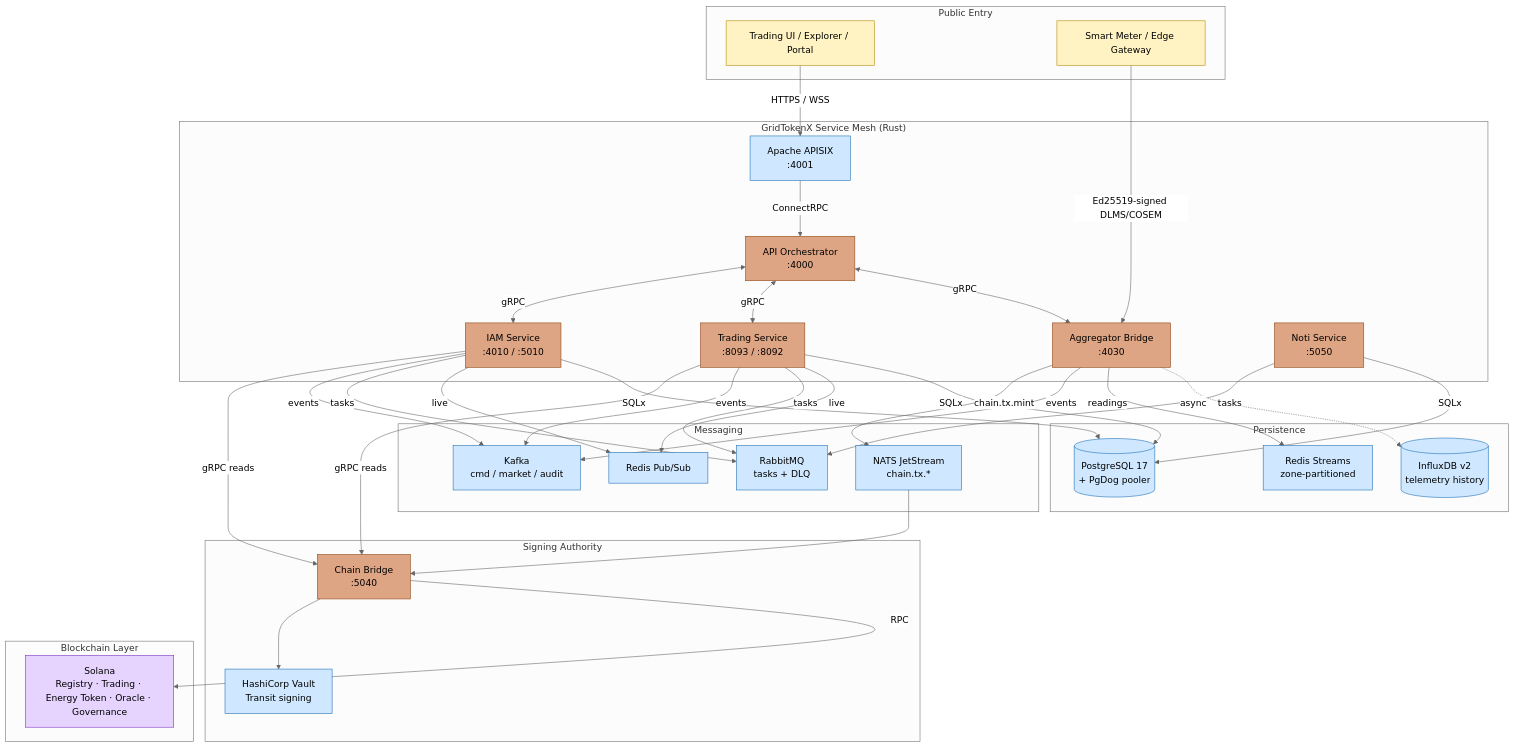
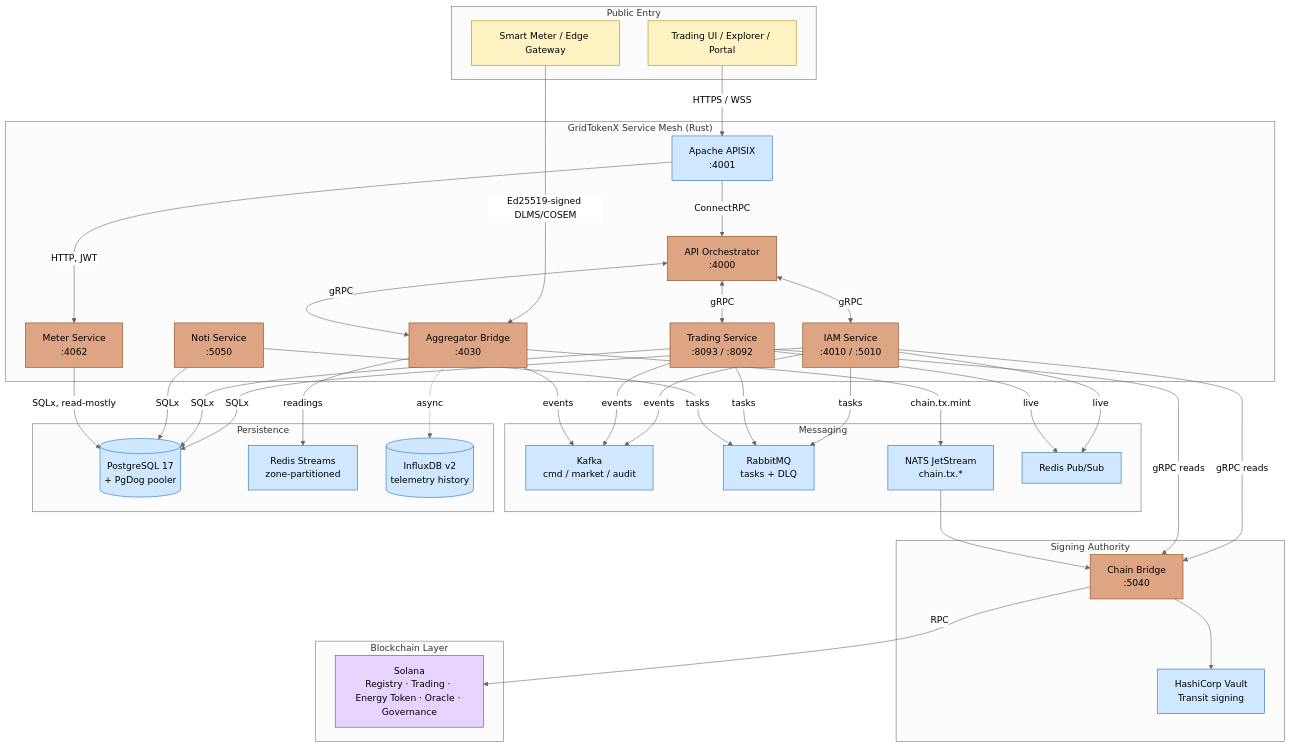
Before and after one commit to NakaSato/gridtokenx-coresystem: the first of 2 diagrams in README.md, drawn with Mermaid (neutral theme). The commit also changed other lines of this file and 6 other files, not shown here.

````diff
--- a/README.md
+++ b/README.md
@@ -21,71 +21,74 @@
 ```mermaid
 graph TD
     subgraph entry["Public Entry"]
         Client["Trading UI / Explorer / Portal"]
         EdgeMeter["Smart Meter / Edge Gateway"]
     end
 
     subgraph mesh["GridTokenX Service Mesh (Rust)"]
         APISIX["Apache APISIX<br/>:4001"]
         APIS["API Orchestrator<br/>:4000"]
         IAM["IAM Service<br/>:4010 / :5010"]
         Trading["Trading Service<br/>:8093 / :8092"]
         OracleB["Aggregator Bridge<br/>:4030"]
         Noti["Noti Service<br/>:5050"]
+        Meter["Meter Service<br/>:4062"]
     end
 
     subgraph signing["Signing Authority"]
         ChainBridge["Chain Bridge<br/>:5040"]
         Vault["HashiCorp Vault<br/>Transit signing"]
     end
 
     subgraph chain["Blockchain Layer"]
         Solana["Solana<br/>Registry · Trading · Energy Token · Oracle · Governance"]
     end
 
     subgraph msg["Messaging"]
         Kafka["Kafka<br/>cmd / market / audit"]
         Rabbit["RabbitMQ<br/>tasks + DLQ"]
         NATS["NATS JetStream<br/>chain.tx.*"]
         Redis["Redis Pub/Sub"]
     end
 
     subgraph store["Persistence"]
         Postgres[("PostgreSQL 17<br/>+ PgDog pooler")]
         ZoneRedis["Redis Streams<br/>zone-partitioned"]
         Influx[("InfluxDB v2<br/>telemetry history")]
     end
 
     %% --- request path ---
     Client -->|HTTPS / WSS| APISIX
     EdgeMeter -->|Ed25519-signed DLMS/COSEM| OracleB
     APISIX -->|ConnectRPC| APIS
+    APISIX -->|HTTP, JWT| Meter
     APIS <-->|gRPC| IAM
     APIS <-->|gRPC| Trading
     APIS <-->|gRPC| OracleB
 
     %% --- blockchain path ---
     IAM & Trading -->|gRPC reads| ChainBridge
     OracleB -->|chain.tx.mint| NATS
     NATS --> ChainBridge
     ChainBridge --> Vault
     ChainBridge -->|RPC| Solana
 
     %% --- messaging + persistence ---
     IAM & Trading & OracleB -->|events| Kafka
     IAM & Trading & Noti -->|tasks| Rabbit
     IAM & Trading -->|live| Redis
     IAM & Trading -->|SQLx| Postgres
     Noti -->|SQLx| Postgres
+    Meter -->|SQLx, read-mostly| Postgres
     OracleB -->|readings| ZoneRedis
     OracleB -.->|async| Influx
 
     classDef rust fill:#dea584,stroke:#8b4513,color:#000;
     classDef infra fill:#cfe8ff,stroke:#1c6fb5,color:#000;
     classDef chainNode fill:#e6d4ff,stroke:#7b2fbe,color:#000;
     classDef edge fill:#fff3c4,stroke:#b58900,color:#000;
-    class APIS,IAM,Trading,OracleB,Noti,ChainBridge rust;
+    class APIS,IAM,Trading,OracleB,Noti,ChainBridge,Meter rust;
     class Kafka,Rabbit,NATS,Redis,Postgres,ZoneRedis,Influx,APISIX,Vault infra;
     class Solana chainNode;
     class EdgeMeter,Client edge;
 ```
````
